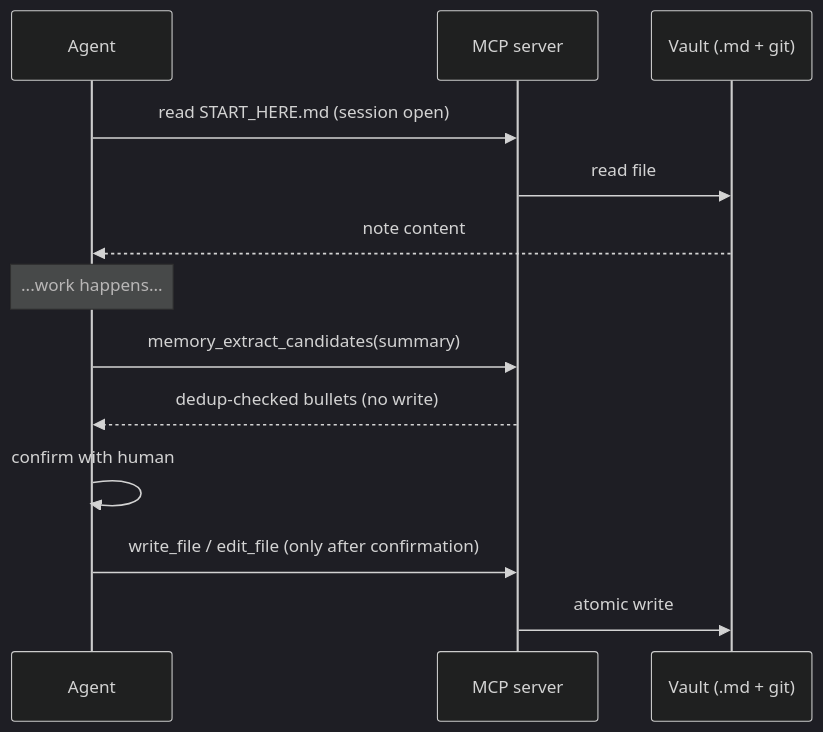
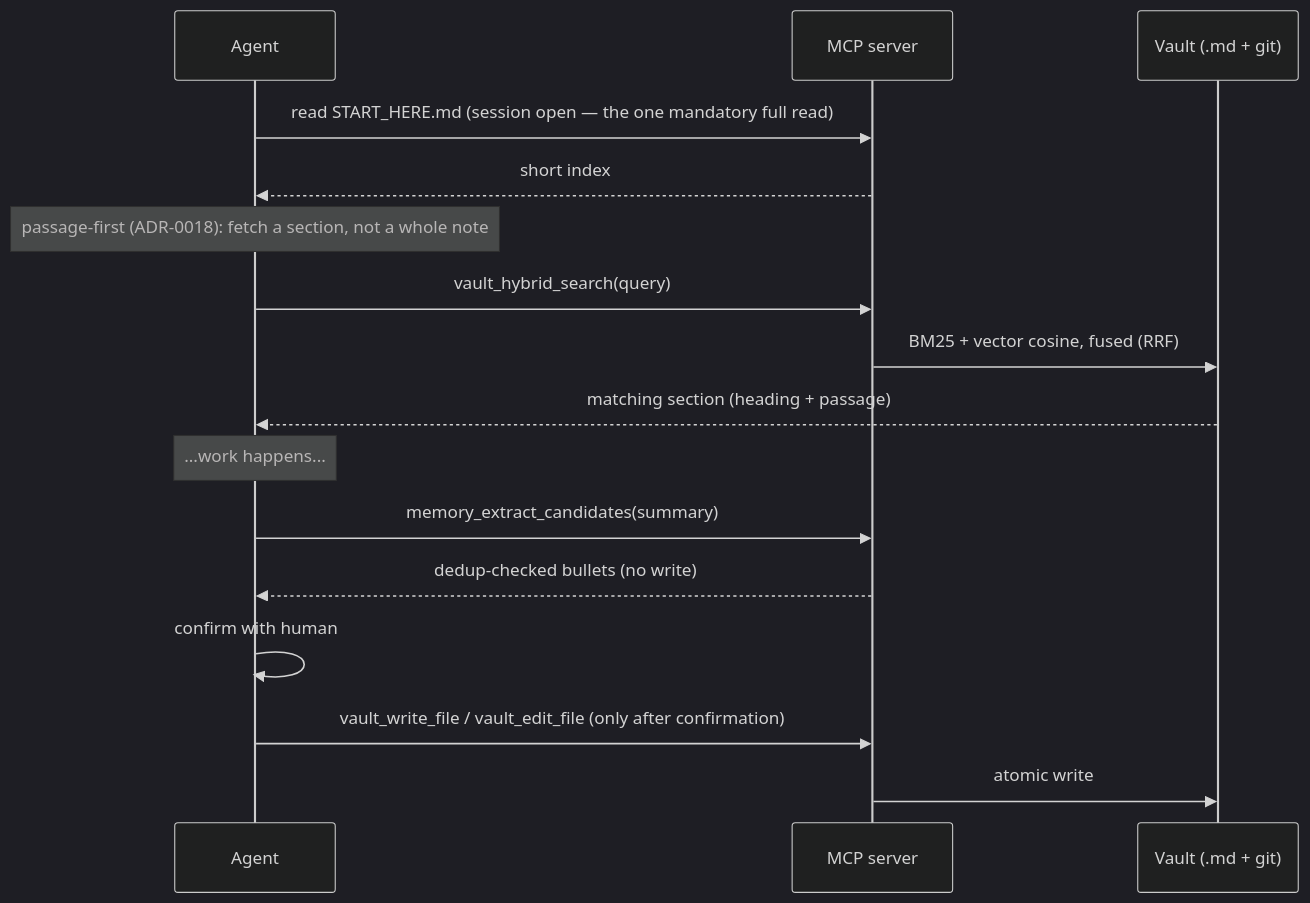
One commit to Vahlame/create-vkm-kit changed the second of 4 diagrams in ARCHITECTURE.md. Above: the diagram before and after it, drawn with Mermaid (dark theme). The commit also changed other lines of this file and 35 other files, not shown here.

First line of the commit message:
docs: complete v3 docs audit — passage-first visuals, Claude Code paths, lint/link clean

````diff
--- a/ARCHITECTURE.md
+++ b/ARCHITECTURE.md
@@ -131,15 +133,18 @@
 ```mermaid
 sequenceDiagram
   participant Agent
   participant MCP as MCP server
   participant Vault as Vault (.md + git)
-  Agent->>MCP: read START_HERE.md (session open)
-  MCP->>Vault: read file
-  Vault-->>Agent: note content
+  Agent->>MCP: read START_HERE.md (session open — the one mandatory full read)
+  MCP-->>Agent: short index
+  Note over Agent: passage-first (ADR-0018): fetch a section, not a whole note
+  Agent->>MCP: vault_hybrid_search(query)
+  MCP->>Vault: BM25 + vector cosine, fused (RRF)
+  Vault-->>Agent: matching section (heading + passage)
   Note over Agent: ...work happens...
   Agent->>MCP: memory_extract_candidates(summary)
   MCP-->>Agent: dedup-checked bullets (no write)
   Agent->>Agent: confirm with human
-  Agent->>MCP: write_file / edit_file (only after confirmation)
+  Agent->>MCP: vault_write_file / vault_edit_file (only after confirmation)
   MCP->>Vault: atomic write
 ```
````
